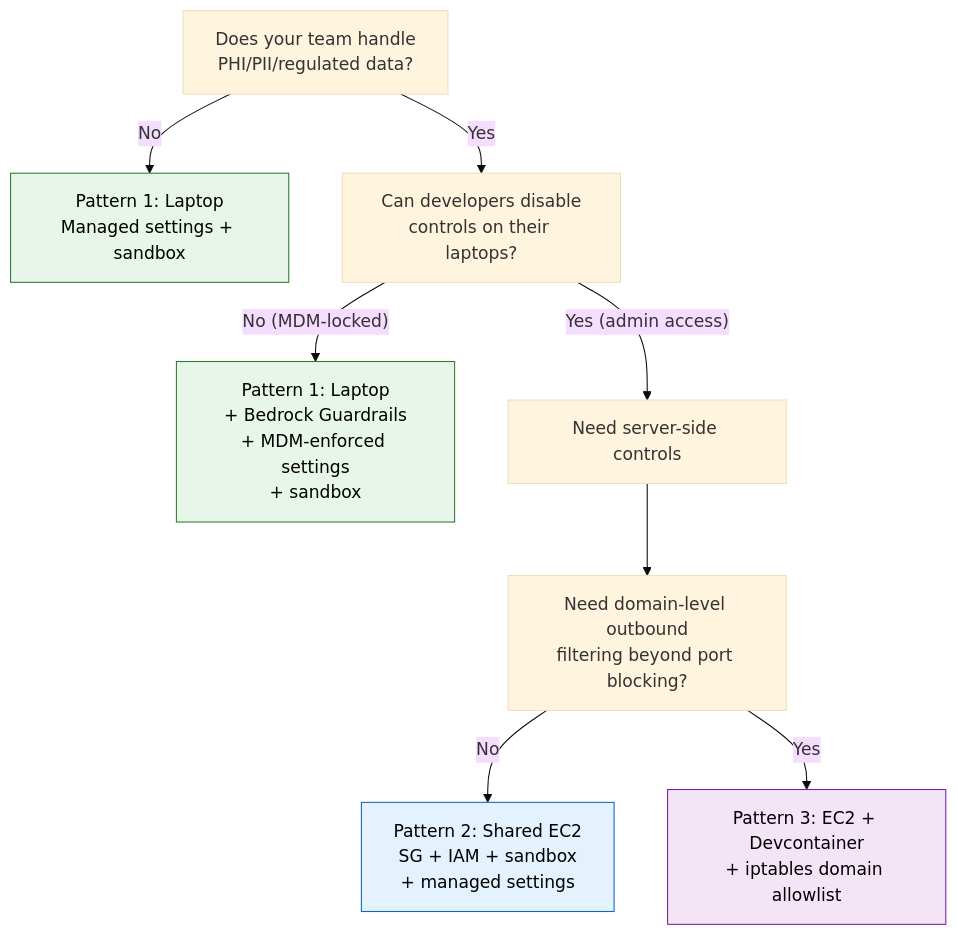
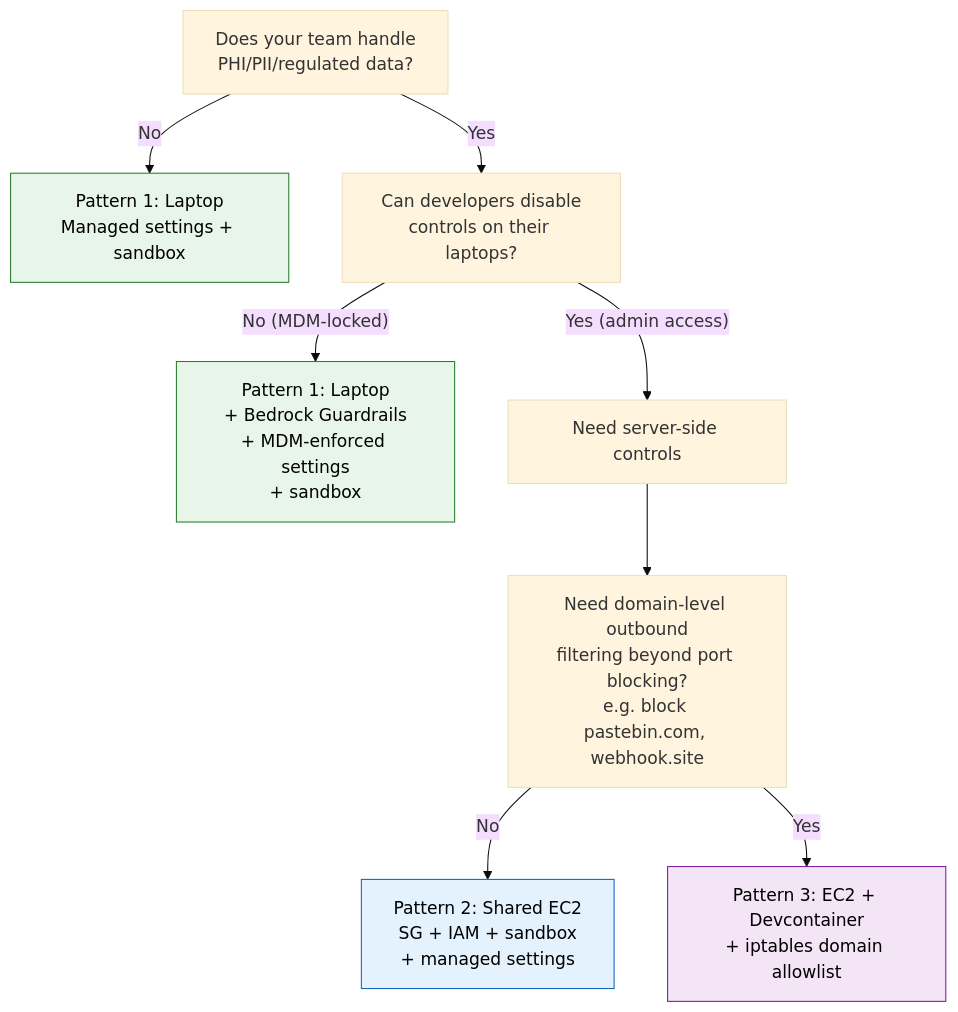
Before and after one commit to aidin-repo/claude-code-ec2-isolation: the first of 4 diagrams in README.md, drawn with Mermaid (base theme).

Commit message:
Add examples to domain-level filtering question in decision tree

````diff
--- a/README.md
+++ b/README.md
@@ -41,15 +41,15 @@
 ```mermaid
 graph TD
   A["Does your team handle<br>PHI/PII/regulated data?"] -->|No| B["Pattern 1: Laptop<br>Managed settings + sandbox"]
   A -->|Yes| C["Can developers disable<br>controls on their laptops?"]
   C -->|"No (MDM-locked)"| D["Pattern 1: Laptop<br>+ Bedrock Guardrails<br>+ MDM-enforced settings<br>+ sandbox"]
   C -->|"Yes (admin access)"| E["Need server-side controls"]
-  E --> F["Need domain-level outbound<br>filtering beyond port blocking?"]
+  E --> F["Need domain-level outbound<br>filtering beyond port blocking?<br>e.g. block pastebin.com, webhook.site"]
   F -->|No| G["Pattern 2: Shared EC2<br>SG + IAM + sandbox<br>+ managed settings"]
   F -->|Yes| H["Pattern 3: EC2 + Devcontainer<br>+ iptables domain allowlist"]
 
   style B fill:#e8f5e9,stroke:#2e7d32,color:#000
   style D fill:#e8f5e9,stroke:#2e7d32,color:#000
   style G fill:#e3f2fd,stroke:#1565c0,color:#000
   style H fill:#f3e5f5,stroke:#7b1fa2,color:#000
 ```
````
